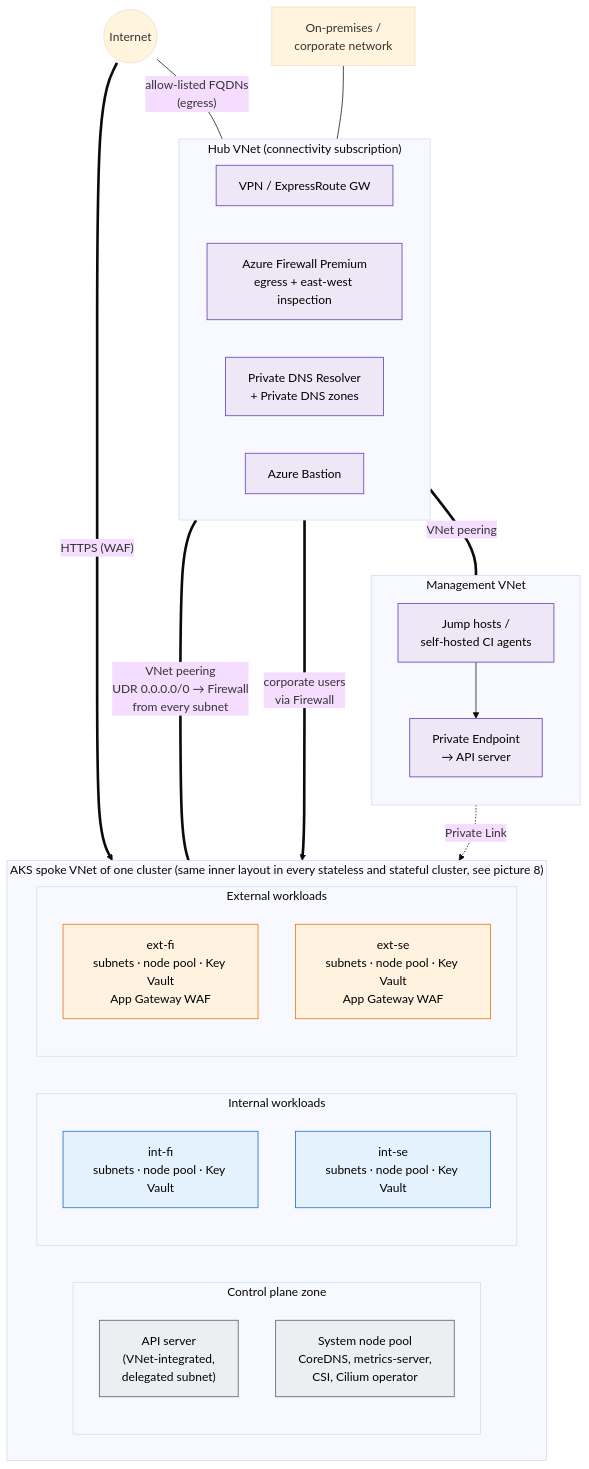
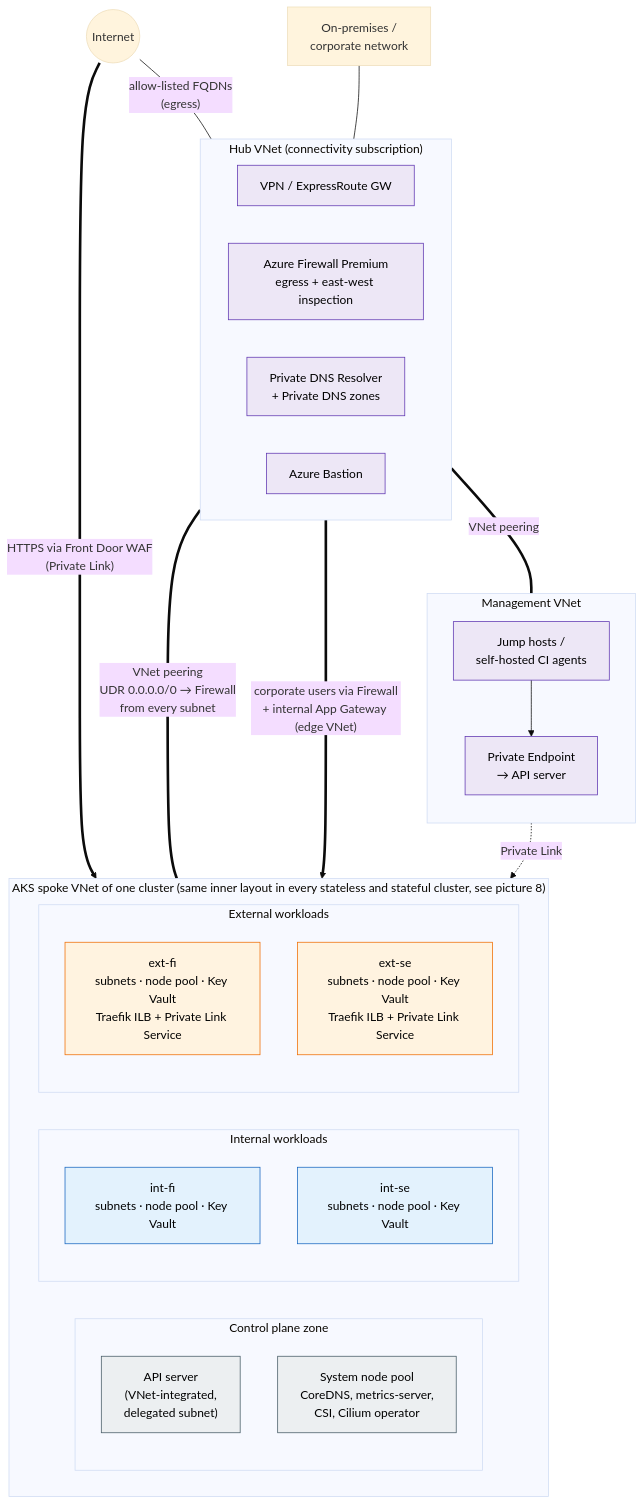
Before and after one commit to olljanat-ai/aks-design: the diagram in diagrams/01-overview.mmd, drawn with Mermaid (base theme). The commit also changed 10 other files, not shown here.

```diff
--- a/diagrams/01-overview.mmd
+++ b/diagrams/01-overview.mmd
@@ -1,54 +1,54 @@
 %% High-level landing zone: hub, management network and the AKS spoke with isolation zones
 flowchart TB
     internet(("Internet"))
     onprem["On-premises /<br/>corporate network"]
 
     subgraph HUB["Hub VNet (connectivity subscription)"]
         direction LR
         gw["VPN / ExpressRoute GW"]
         fw["Azure Firewall Premium<br/>egress + east-west inspection"]
         dns["Private DNS Resolver<br/>+ Private DNS zones"]
         bastion["Azure Bastion"]
     end
 
     subgraph MGMT["Management VNet"]
         direction TB
         jump["Jump hosts /<br/>self-hosted CI agents"]
         pe_api["Private Endpoint<br/>→ API server"]
     end
 
     subgraph SPOKE["AKS spoke VNet of one cluster (same inner layout in every stateless and stateful cluster, see picture 8)"]
         direction LR
         subgraph CP["Control plane zone"]
             direction TB
             api["API server<br/>(VNet-integrated,<br/>delegated subnet)"]
             sys["System node pool<br/>CoreDNS, metrics-server,<br/>CSI, Cilium operator"]
         end
         subgraph INT["Internal workloads"]
             direction TB
             intfi["int-fi<br/>subnets · node pool · Key Vault"]
             intse["int-se<br/>subnets · node pool · Key Vault"]
         end
         subgraph EXT["External workloads"]
             direction TB
-            extfi["ext-fi<br/>subnets · node pool · Key Vault<br/>App Gateway WAF"]
-            extse["ext-se<br/>subnets · node pool · Key Vault<br/>App Gateway WAF"]
+            extfi["ext-fi<br/>subnets · node pool · Key Vault<br/>Traefik ILB + Private Link Service"]
+            extse["ext-se<br/>subnets · node pool · Key Vault<br/>Traefik ILB + Private Link Service"]
         end
     end
 
     onprem --- gw
     internet ---|"allow-listed FQDNs<br/>(egress)"| fw
     HUB ===|"VNet peering"| MGMT
     HUB ===|"VNet peering<br/>UDR 0.0.0.0/0 → Firewall<br/>from every subnet"| SPOKE
     jump --> pe_api -.->|"Private Link"| api
-    internet ==>|"HTTPS (WAF)"| EXT
-    fw ==>|"corporate users<br/>via Firewall"| INT
+    internet ==>|"HTTPS via Front Door WAF<br/>(Private Link)"| EXT
+    fw ==>|"corporate users via Firewall<br/>+ internal App Gateway (edge VNet)"| INT
 
     classDef hub fill:#ede7f6,stroke:#5e35b1,color:#000
     classDef cp fill:#eceff1,stroke:#455a64,color:#000
     classDef int fill:#e3f2fd,stroke:#1565c0,color:#000
     classDef ext fill:#fff3e0,stroke:#ef6c00,color:#000
     class fw,dns,gw,bastion,jump,pe_api hub
     class api,sys cp
     class intfi,intse int
     class extfi,extse ext
```
